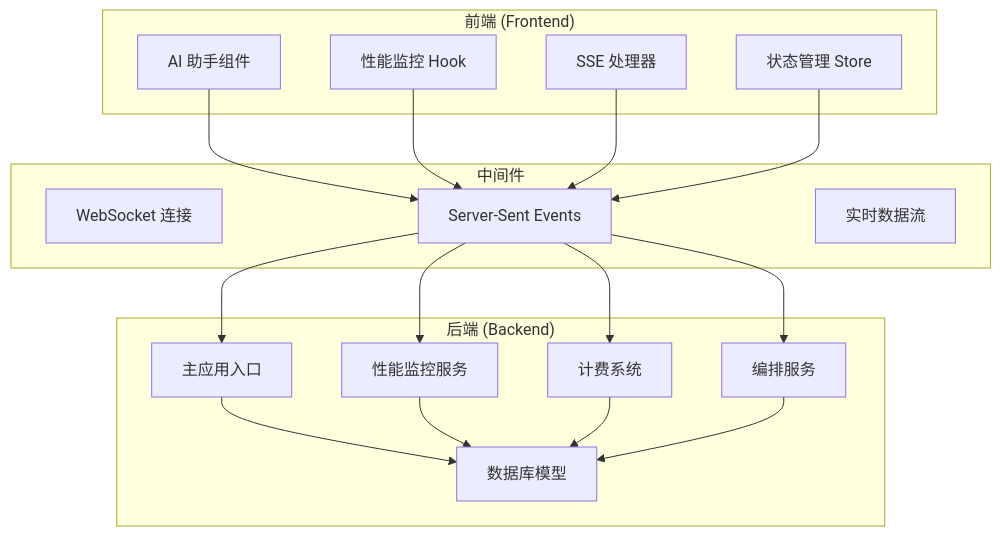
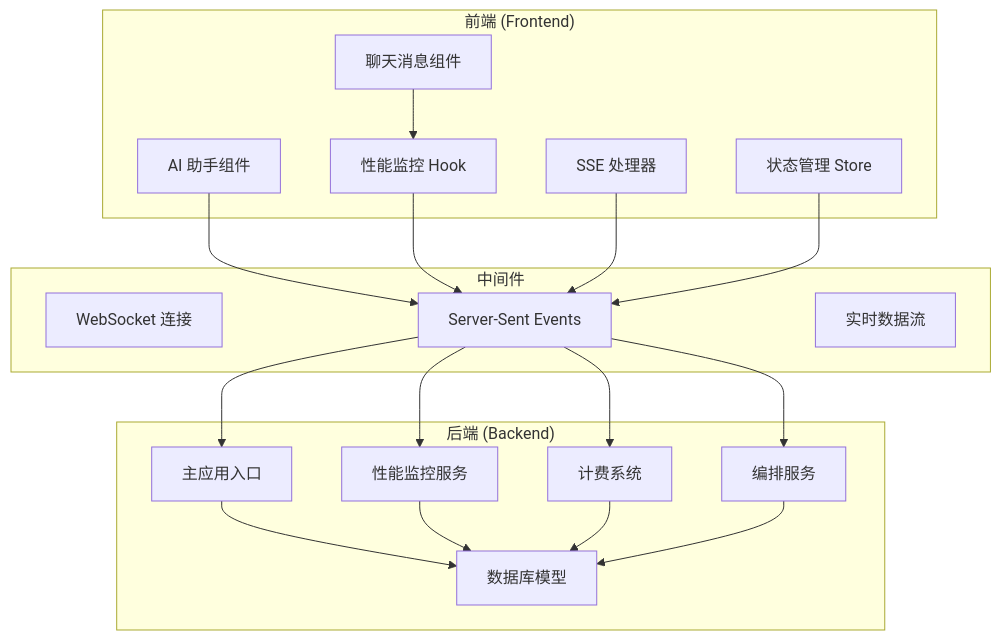
Before and after one commit to KunLabAI/KunFlix: the first of 10 diagrams in .qoder/repowiki/zh/content/前端应用架构/性能监控系统.md, drawn with Mermaid. The commit also changed other lines of this file and 22 other files, not shown here.

````diff
--- a/.qoder/repowiki/zh/content/前端应用架构/性能监控系统.md
+++ b/.qoder/repowiki/zh/content/前端应用架构/性能监控系统.md
@@ -44,33 +52,35 @@
 ```mermaid
 graph TB
 subgraph "前端 (Frontend)"
 FE1[AI 助手组件]
 FE2[性能监控 Hook]
 FE3[SSE 处理器]
 FE4[状态管理 Store]
+FE5[聊天消息组件]
 end
 subgraph "后端 (Backend)"
 BE1[主应用入口]
 BE2[性能监控服务]
 BE3[计费系统]
 BE4[编排服务]
 BE5[数据库模型]
 end
 subgraph "中间件"
 MW1[WebSocket 连接]
 MW2[Server-Sent Events]
 MW3[实时数据流]
 end
 FE1 --> MW2
 FE2 --> MW2
 FE3 --> MW2
 FE4 --> MW2
+FE5 --> FE2
 MW2 --> BE1
 MW2 --> BE2
 MW2 --> BE3
 MW2 --> BE4
 BE1 --> BE5
 BE2 --> BE5
 BE3 --> BE5
 BE4 --> BE5
 ```
````
